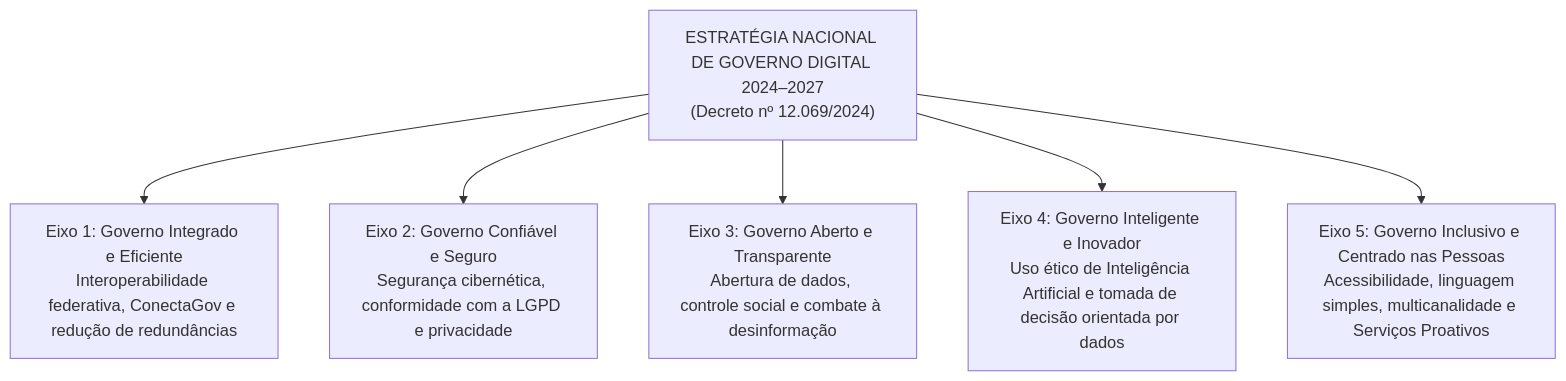
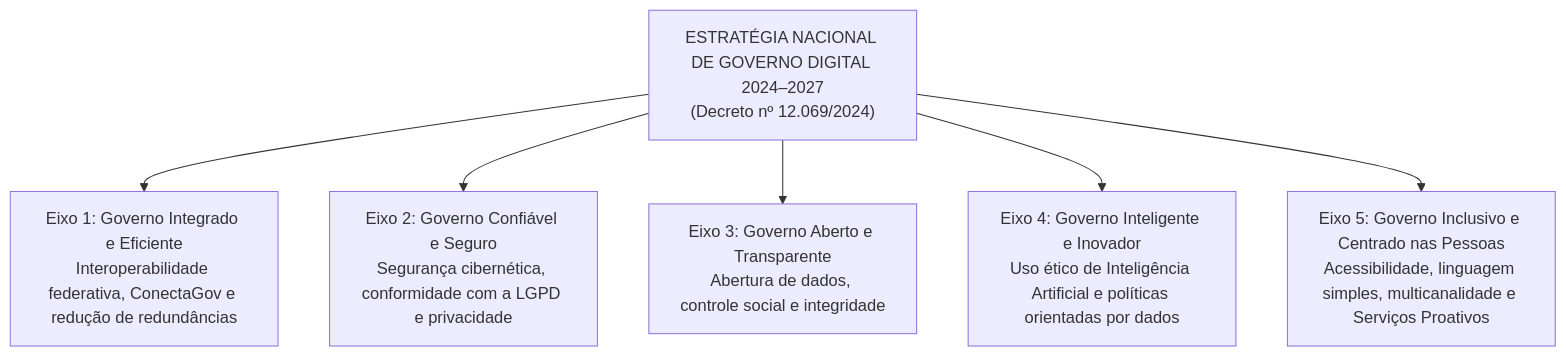
One commit to thiagosantos346/TCE-GO-2027 changed the fourth of 4 diagrams in fontes_de_estudo/conhecimentos_especificos_b02_ti/12_governanca_de_ti/05_governo_digital_lei_14129_e_engd_2024_2027.md. Above: the diagram before and after it, drawn with Mermaid. The commit also changed other lines of this file and 119 other files, not shown here.

````diff
--- a/fontes_de_estudo/conhecimentos_especificos_b02_ti/12_governanca_de_ti/05_governo_digital_lei_14129_e_engd_2024_2027.md
+++ b/fontes_de_estudo/conhecimentos_especificos_b02_ti/12_governanca_de_ti/05_governo_digital_lei_14129_e_engd_2024_2027.md
@@ -204,16 +162,16 @@
 ```mermaid
 flowchart TD
     ENGD["ESTRATÉGIA NACIONAL DE GOVERNO DIGITAL 2024–2027<br/>(Decreto nº 12.069/2024)"]
     
     E1["Eixo 1: Governo Integrado e Eficiente<br/>Interoperabilidade federativa, ConectaGov e redução de redundâncias"]
     E2["Eixo 2: Governo Confiável e Seguro<br/>Segurança cibernética, conformidade com a LGPD e privacidade"]
-    E3["Eixo 3: Governo Aberto e Transparente<br/>Abertura de dados, controle social e combate à desinformação"]
-    E4["Eixo 4: Governo Inteligente e Inovador<br/>Uso ético de Inteligência Artificial e tomada de decisão orientada por dados"]
+    E3["Eixo 3: Governo Aberto e Transparente<br/>Abertura de dados, controle social e integridade"]
+    E4["Eixo 4: Governo Inteligente e Inovador<br/>Uso ético de Inteligência Artificial e políticas orientadas por dados"]
     E5["Eixo 5: Governo Inclusivo e Centrado nas Pessoas<br/>Acessibilidade, linguagem simples, multicanalidade e Serviços Proativos"]
     
     ENGD --> E1
     ENGD --> E2
     ENGD --> E3
     ENGD --> E4
     ENGD --> E5
 ```
````
